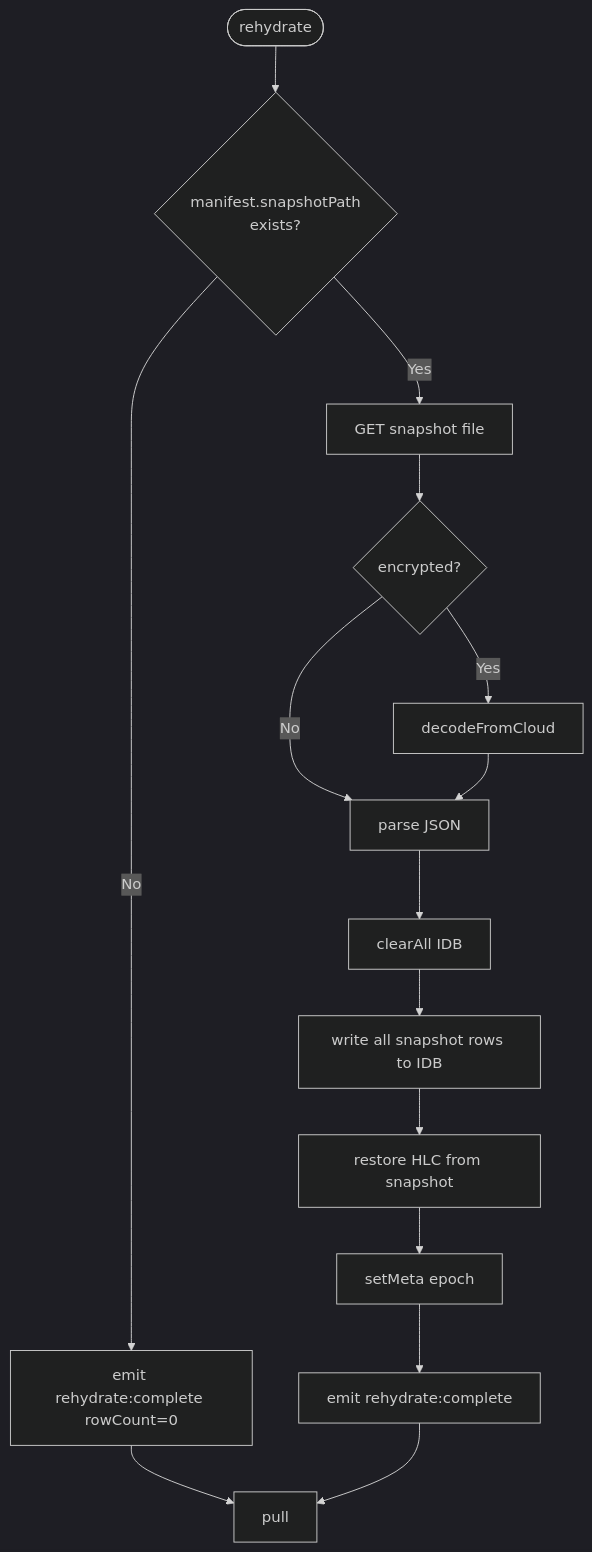
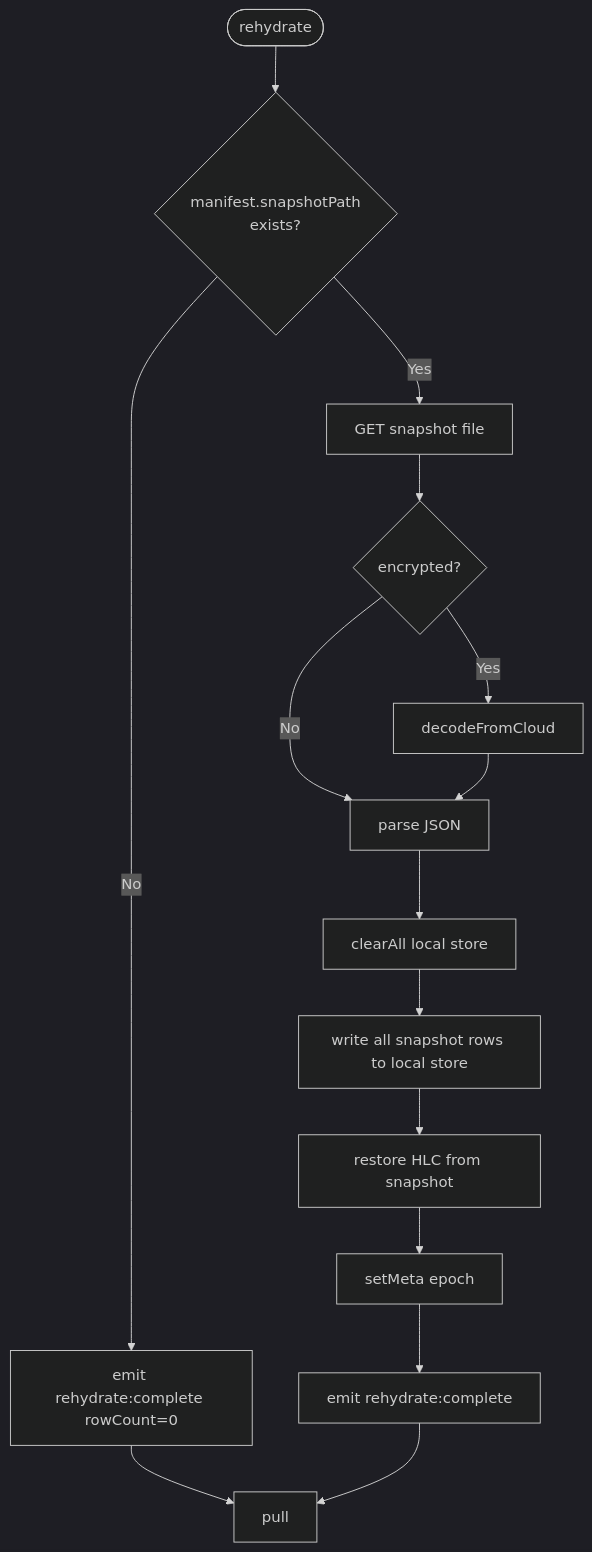
The sixth of 7 diagrams in docs/flows.md (Machine-Garden/interocitor), drawn with Mermaid (dark theme) before and after one commit. The commit also changed other lines of this file and 107 other files, not shown here.

````diff
--- a/docs/flows.md
+++ b/docs/flows.md
@@ -207,17 +231,17 @@
 ```mermaid
 flowchart TD
     A([rehydrate]) --> B{manifest.snapshotPath\nexists?}
     B -- No --> C[emit rehydrate:complete rowCount=0]
     C --> D[pull]
     B -- Yes --> E[GET snapshot file]
     E --> F{encrypted?}
     F -- Yes --> G[decodeFromCloud]
     F -- No --> H[parse JSON]
     G --> H
-    H --> I[clearAll IDB]
-    I --> J[write all snapshot rows to IDB]
+    H --> I[clearAll local store]
+    I --> J[write all snapshot rows to local store]
     J --> K[restore HLC from snapshot]
     K --> L[setMeta epoch]
     L --> M[emit rehydrate:complete]
     M --> D
 ```
````
